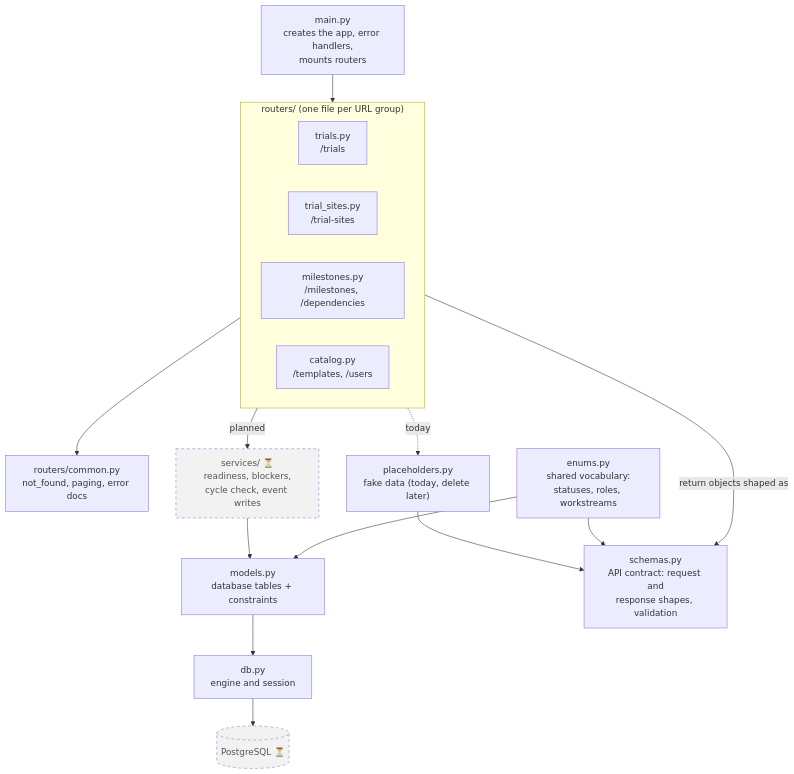
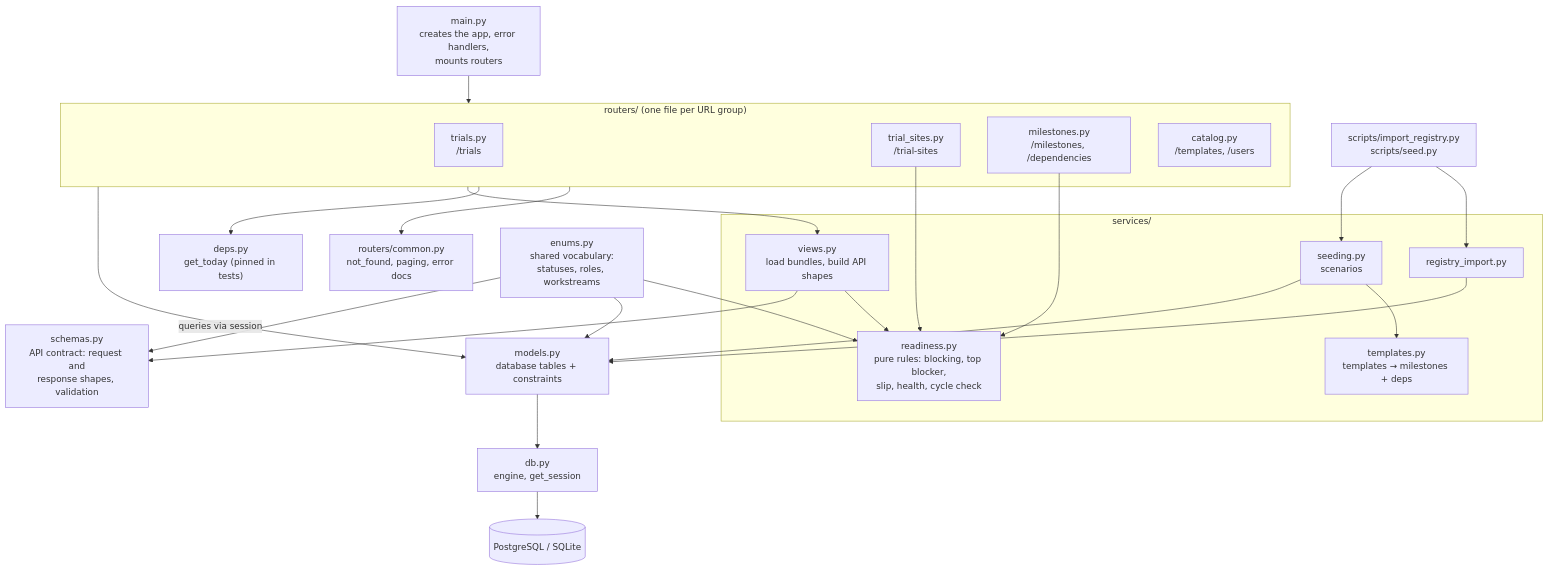
The second of 3 diagrams in docs/SYSTEM_OVERVIEW.md (keyiyu0331/TrialFlow), drawn with Mermaid before and after one commit. The commit also changed other lines of this file, not shown here.

````diff
--- a/docs/SYSTEM_OVERVIEW.md
+++ b/docs/SYSTEM_OVERVIEW.md
@@ -41,31 +41,42 @@
 ```mermaid
 flowchart TD
     MAIN["main.py<br/>creates the app, error handlers,<br/>mounts routers"]
     subgraph ROUTERS["routers/ (one file per URL group)"]
         TR["trials.py<br/>/trials"]
         TS["trial_sites.py<br/>/trial-sites"]
         MI["milestones.py<br/>/milestones, /dependencies"]
         CA["catalog.py<br/>/templates, /users"]
     end
     COMMON["routers/common.py<br/>not_found, paging, error docs"]
-    PH["placeholders.py<br/>fake data (today, delete later)"]
-    SVC["services/ ⏳<br/>readiness, blockers,<br/>cycle check, event writes"]
+    DEPS["deps.py<br/>get_today (pinned in tests)"]
+    subgraph SERVICES["services/"]
+        VIEWS["views.py<br/>load bundles, build API shapes"]
+        RD["readiness.py<br/>pure rules: blocking, top blocker,<br/>slip, health, cycle check"]
+        TPL["templates.py<br/>templates → milestones + deps"]
+        IMPS["registry_import.py"]
+        SEEDS["seeding.py<br/>scenarios"]
+    end
+    SCRIPTS["scripts/import_registry.py<br/>scripts/seed.py"]
     MODELS["models.py<br/>database tables + constraints"]
-    DBPY["db.py<br/>engine and session"]
-    PG[("PostgreSQL ⏳")]
+    DBPY["db.py<br/>engine, get_session"]
+    DB[("PostgreSQL / SQLite")]
     SCHEMAS["schemas.py<br/>API contract: request and<br/>response shapes, validation"]
     ENUMS["enums.py<br/>shared vocabulary:<br/>statuses, roles, workstreams"]
 
     MAIN --> ROUTERS
     ROUTERS --> COMMON
-    ROUTERS -. "today" .-> PH
-    ROUTERS -- "planned" --> SVC
-    SVC --> MODELS --> DBPY --> PG
-    ROUTERS -- "return objects shaped as" --> SCHEMAS
-    PH --> SCHEMAS
+    ROUTERS --> DEPS
+    ROUTERS --> VIEWS --> RD
+    MI --> RD
+    TS --> RD
+    VIEWS --> SCHEMAS
+    ROUTERS -- "queries via session" --> MODELS
+    MODELS --> DBPY --> DB
+    SCRIPTS --> IMPS
+    SCRIPTS --> SEEDS --> TPL
+    IMPS --> MODELS
+    SEEDS --> MODELS
     ENUMS --> MODELS
     ENUMS --> SCHEMAS
-
-    classDef planned stroke-dasharray: 5 5,fill:#f2f2f2,color:#555
-    class SVC,PG planned
+    ENUMS --> RD
 ```
````
